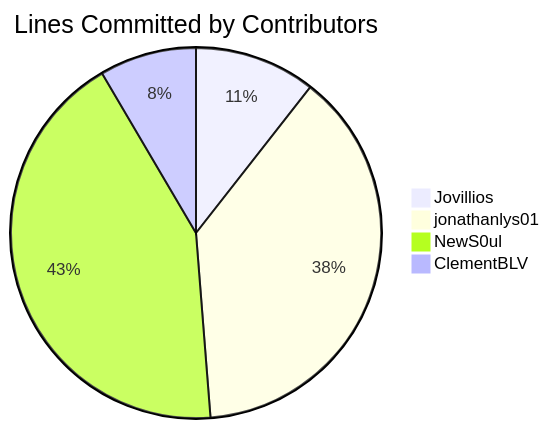
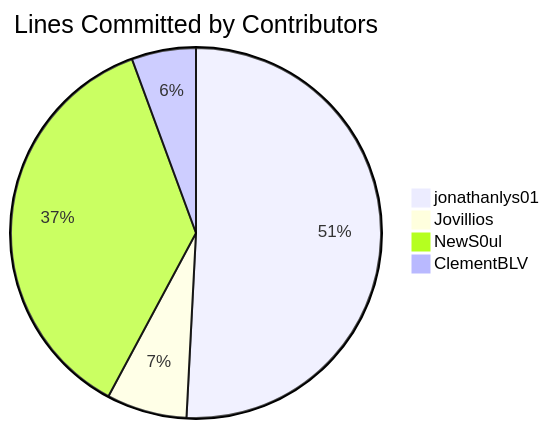
One commit to Jovillios/ProCom changed the second of 2 diagrams in README.md. Above: the diagram before and after it, drawn with Mermaid.

Commit message:
Update KIKIMETER

````diff
--- a/README.md
+++ b/README.md
@@ -97,8 +97,8 @@
 ```mermaid
 pie
 title Lines Committed by Contributors
+"jonathanlys01" : 3376
 "Jovillios" : 466
-"jonathanlys01" : 1682
-"NewS0ul" : 1885
+"NewS0ul" : 2428
 "ClementBLV" : 373
 ```
````
